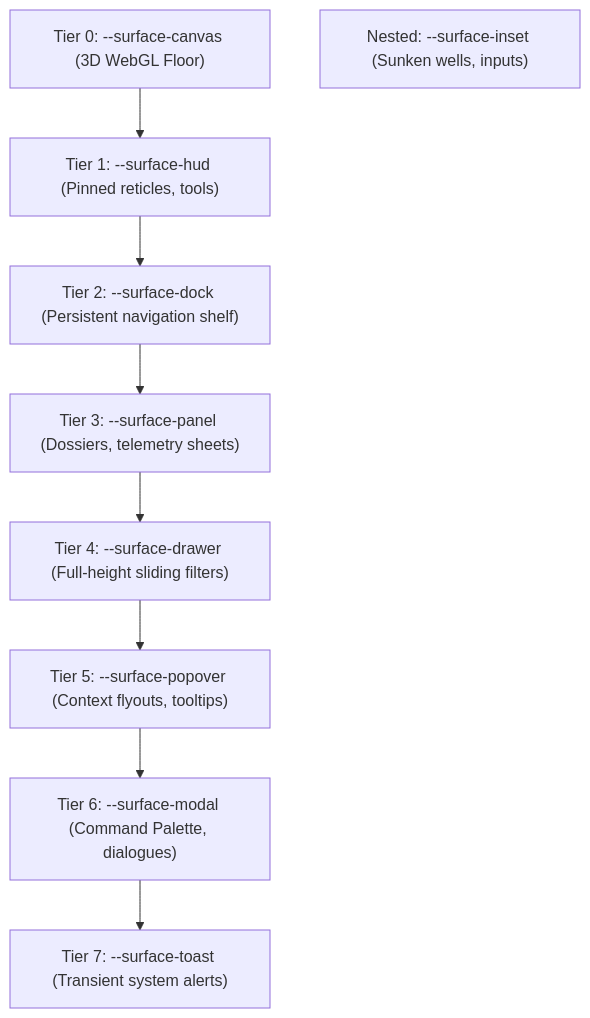
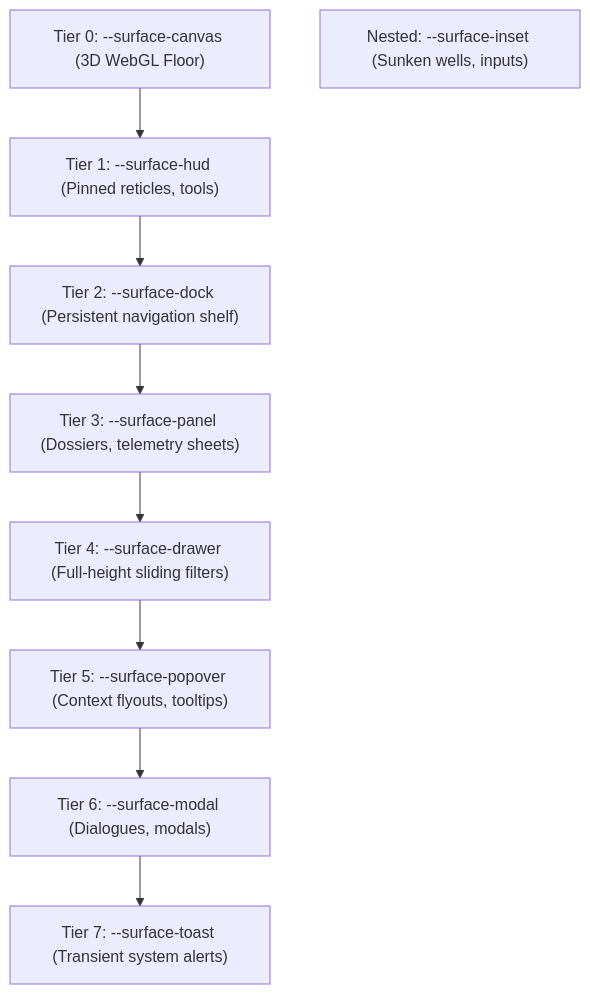
Before and after one commit to marcelkornblum/starmap: the second of 3 diagrams in docs/design-system.md, drawn with Mermaid. The commit also changed other lines of this file and 84 other files, not shown here.

First line of the commit message:
chore(arch): Track T10 Closing Audit, Target Architecture Docs & Initiative Archival (#104)

````diff
--- a/docs/design-system.md
+++ b/docs/design-system.md
@@ -68,14 +68,14 @@
 ```mermaid
 flowchart TD
     Canvas["Tier 0: --surface-canvas (3D WebGL Floor)"]
     HUD["Tier 1: --surface-hud (Pinned reticles, tools)"]
     Dock["Tier 2: --surface-dock (Persistent navigation shelf)"]
     Panel["Tier 3: --surface-panel (Dossiers, telemetry sheets)"]
     Drawer["Tier 4: --surface-drawer (Full-height sliding filters)"]
     Popover["Tier 5: --surface-popover (Context flyouts, tooltips)"]
-    Modal["Tier 6: --surface-modal (Command Palette, dialogues)"]
+    Modal["Tier 6: --surface-modal (Dialogues, modals)"]
     Toast["Tier 7: --surface-toast (Transient system alerts)"]
     Inset["Nested: --surface-inset (Sunken wells, inputs)"]
 
     Canvas --> HUD --> Dock --> Panel --> Drawer --> Popover --> Modal --> Toast
 ```
````
